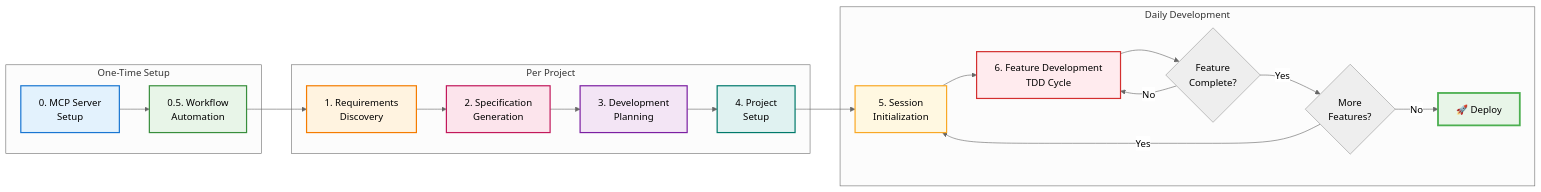
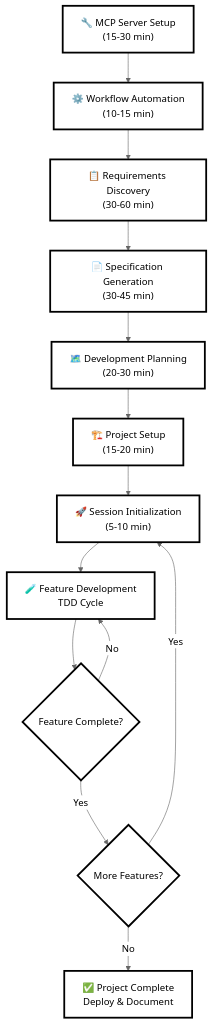
Before and after one commit to Mlitz/Claude-Code-Catalyst: the diagram in README.md, drawn with Mermaid (neutral theme).

Commit message:
fix: improve visual workflow diagram readability
- Return to vertical layout for better logical flow
- Use high contrast white background with black borders and text
- Add descriptive labels with emojis for visual distinction
- Include time estimates directly in workflow steps
- Increase border thickness (3px) for maximum visibility

Fixes: Unreadable text and poor color contrast in workflow diagram
🤖 Generated with Claude Code

````diff
--- a/README.md
+++ b/README.md
@@ -78,34 +78,27 @@
 ```mermaid
-graph LR
-    subgraph "One-Time Setup"
-        A[0. MCP Server<br/>Setup] --> B[0.5. Workflow<br/>Automation]
-    end
+graph TD
+    A["🔧 MCP Server Setup<br/>(15-30 min)"] --> B["⚙️ Workflow Automation<br/>(10-15 min)"]
+    B --> C["📋 Requirements Discovery<br/>(30-60 min)"]
+    C --> D["📄 Specification Generation<br/>(30-45 min)"]
+    D --> E["🗺️ Development Planning<br/>(20-30 min)"]
+    E --> F["🏗️ Project Setup<br/>(15-20 min)"]
+    F --> G["🚀 Session Initialization<br/>(5-10 min)"]
+    G --> H["🧪 Feature Development<br/>TDD Cycle"]
+    H --> I{Feature Complete?}
+    I -->|No| H
+    I -->|Yes| J{More Features?}
+    J -->|Yes| G
+    J -->|No| K["✅ Project Complete<br/>Deploy & Document"]
     
-    subgraph "Per Project"
-        C[1. Requirements<br/>Discovery] --> D[2. Specification<br/>Generation]
-        D --> E[3. Development<br/>Planning]
-        E --> F[4. Project<br/>Setup]
-    end
-    
-    subgraph "Daily Development"
-        G[5. Session<br/>Initialization] --> H[6. Feature Development<br/>TDD Cycle]
-        H --> I{Feature<br/>Complete?}
-        I -->|No| H
-        I -->|Yes| J{More<br/>Features?}
-        J -->|Yes| G
-        J -->|No| K[🚀 Deploy]
-    end
-    
-    B --> C
-    F --> G
-    
-    style A fill:#e3f2fd,stroke:#1976d2,stroke-width:2px
-    style B fill:#e8f5e8,stroke:#388e3c,stroke-width:2px
-    style C fill:#fff3e0,stroke:#f57c00,stroke-width:2px
-    style D fill:#fce4ec,stroke:#c2185b,stroke-width:2px
-    style E fill:#f3e5f5,stroke:#7b1fa2,stroke-width:2px
-    style F fill:#e0f2f1,stroke:#00796b,stroke-width:2px
-    style G fill:#fff8e1,stroke:#f9a825,stroke-width:2px
-    style H fill:#ffebee,stroke:#d32f2f,stroke-width:2px
-    style K fill:#e8f5e8,stroke:#4caf50,stroke-width:3px
+    style A fill:#ffffff,stroke:#000000,stroke-width:3px,color:#000000
+    style B fill:#ffffff,stroke:#000000,stroke-width:3px,color:#000000
+    style C fill:#ffffff,stroke:#000000,stroke-width:3px,color:#000000
+    style D fill:#ffffff,stroke:#000000,stroke-width:3px,color:#000000
+    style E fill:#ffffff,stroke:#000000,stroke-width:3px,color:#000000
+    style F fill:#ffffff,stroke:#000000,stroke-width:3px,color:#000000
+    style G fill:#ffffff,stroke:#000000,stroke-width:3px,color:#000000
+    style H fill:#ffffff,stroke:#000000,stroke-width:3px,color:#000000
+    style I fill:#ffffff,stroke:#000000,stroke-width:3px,color:#000000
+    style J fill:#ffffff,stroke:#000000,stroke-width:3px,color:#000000
+    style K fill:#ffffff,stroke:#000000,stroke-width:3px,color:#000000
 ```
````
